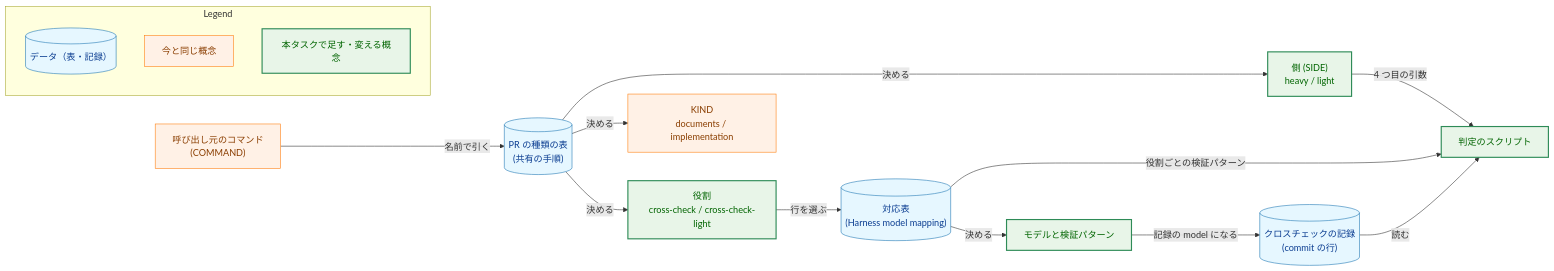
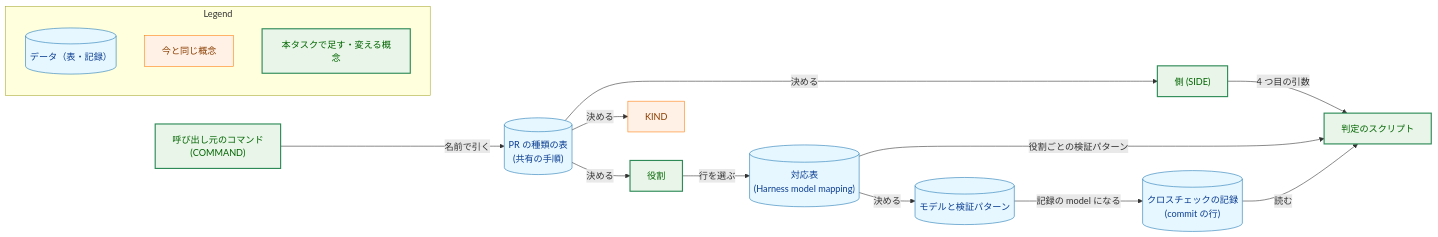
One commit to isseis/yt2column changed the first of 6 diagrams in docs/tasks/0131_cross_check_light_role/02_architecture.md. Above: the diagram before and after it, drawn with Mermaid. The commit also changed other lines of this file and 1 other file, not shown here.

First line of the commit message:
docs(0131): address review findings on the cross-check role architecture

````diff
--- a/docs/tasks/0131_cross_check_light_role/02_architecture.md
+++ b/docs/tasks/0131_cross_check_light_role/02_architecture.md
@@ -115,40 +123,40 @@
 ```mermaid
 flowchart LR
     classDef data fill:#e6f7ff,stroke:#1f77b4,stroke-width:1px,color:#0b3d91;
     classDef process fill:#fff1e6,stroke:#ff7f0e,stroke-width:1px,color:#8a3e00;
     classDef enhanced fill:#e8f5e8,stroke:#2e8b57,stroke-width:2px,color:#006400;
 
     CMD["呼び出し元のコマンド<br>(COMMAND)"]
     KINDTBL[("PR の種類の表<br>(共有の手順)")]
-    SIDE["側 (SIDE)<br>heavy / light"]
-    ROLE["役割<br>cross-check / cross-check-light"]
-    KIND["KIND<br>documents / implementation"]
+    SIDE["側 (SIDE)"]
+    ROLE["役割"]
+    KIND["KIND"]
     MAP[("対応表<br>(Harness model mapping)")]
-    MODEL["モデルと検証パターン"]
+    MODEL[("モデルと検証パターン")]
     REC[("クロスチェックの記録<br>(commit の行)")]
     JUDGE["判定のスクリプト"]
 
     CMD -->|"名前で引く"| KINDTBL
     KINDTBL -->|"決める"| SIDE
     KINDTBL -->|"決める"| ROLE
     KINDTBL -->|"決める"| KIND
     ROLE -->|"行を選ぶ"| MAP
     MAP -->|"決める"| MODEL
     MODEL -->|"記録の model になる"| REC
     SIDE -->|"4 つ目の引数"| JUDGE
     MAP -->|"役割ごとの検証パターン"| JUDGE
     REC -->|"読む"| JUDGE
 
-    class KINDTBL,MAP,REC data
-    class CMD,KIND process
-    class SIDE,ROLE,MODEL,JUDGE enhanced
+    class KINDTBL,MAP,REC,MODEL data
+    class KIND process
+    class CMD,SIDE,ROLE,JUDGE enhanced
 
     subgraph Legend["Legend"]
         L1[("データ（表・記録）")]
         L2["今と同じ概念"]
         L3["本タスクで足す・変える概念"]
     end
     class L1 data
     class L2 process
     class L3 enhanced
 ```
````
